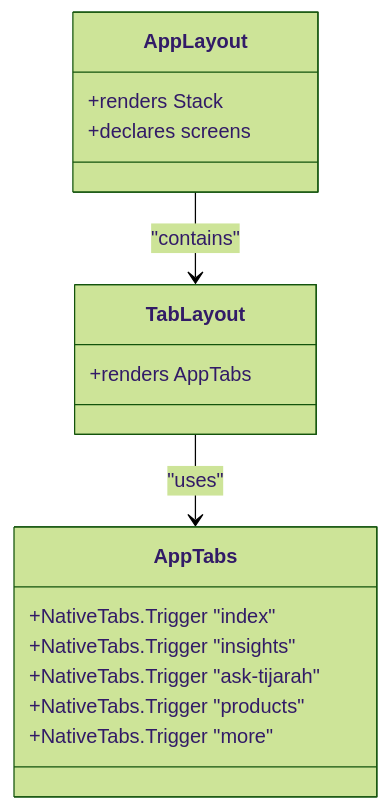
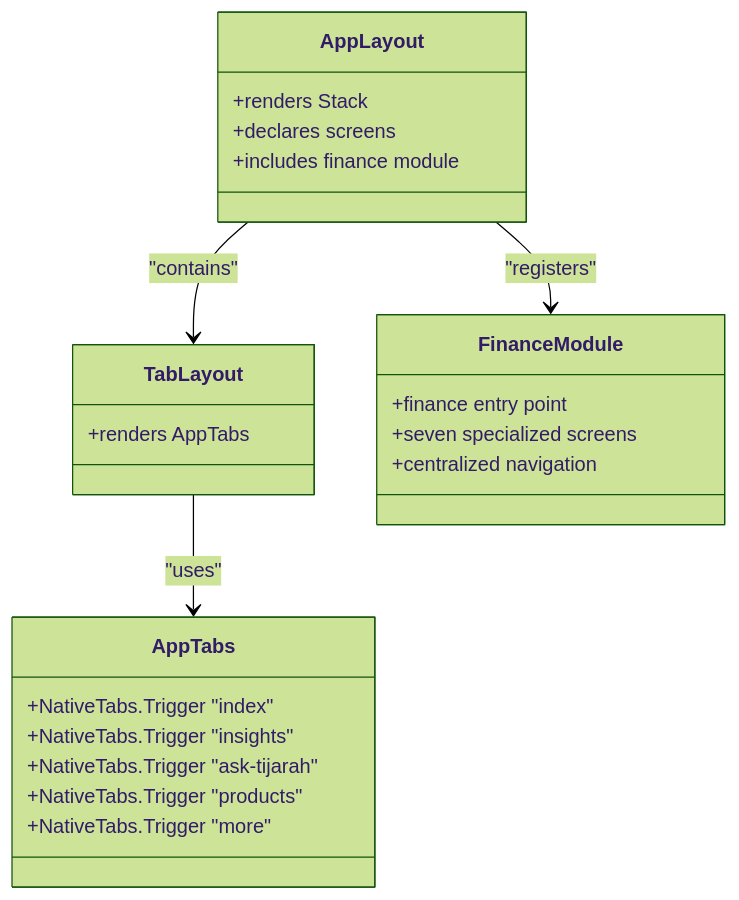
Before and after one commit to Muhammad-Masood/tijarah-ai-app: the fourth of 8 diagrams in .qoder/repowiki/en/content/Architecture Overview/Navigation Architecture.md, drawn with Mermaid (forest theme). The commit also changed other lines of this file and 25 other files, not shown here.

````diff
--- a/.qoder/repowiki/en/content/Architecture Overview/Navigation Architecture.md
+++ b/.qoder/repowiki/en/content/Architecture Overview/Navigation Architecture.md
@@ -156,19 +185,26 @@
 ```mermaid
 classDiagram
 class AppLayout {
 +renders Stack
 +declares screens
++includes finance module
 }
 class TabLayout {
 +renders AppTabs
 }
 class AppTabs {
 +NativeTabs.Trigger "index"
 +NativeTabs.Trigger "insights"
 +NativeTabs.Trigger "ask-tijarah"
 +NativeTabs.Trigger "products"
 +NativeTabs.Trigger "more"
 }
+class FinanceModule {
++finance entry point
++seven specialized screens
++centralized navigation
+}
 AppLayout --> TabLayout : "contains"
+AppLayout --> FinanceModule : "registers"
 TabLayout --> AppTabs : "uses"
 ```
````
